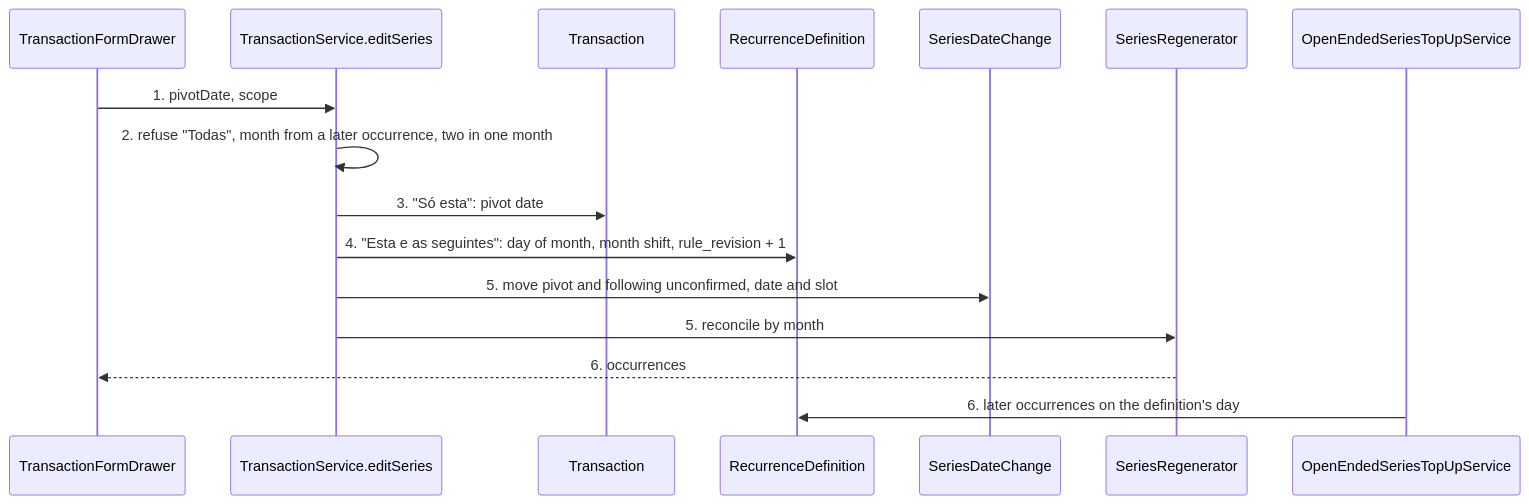
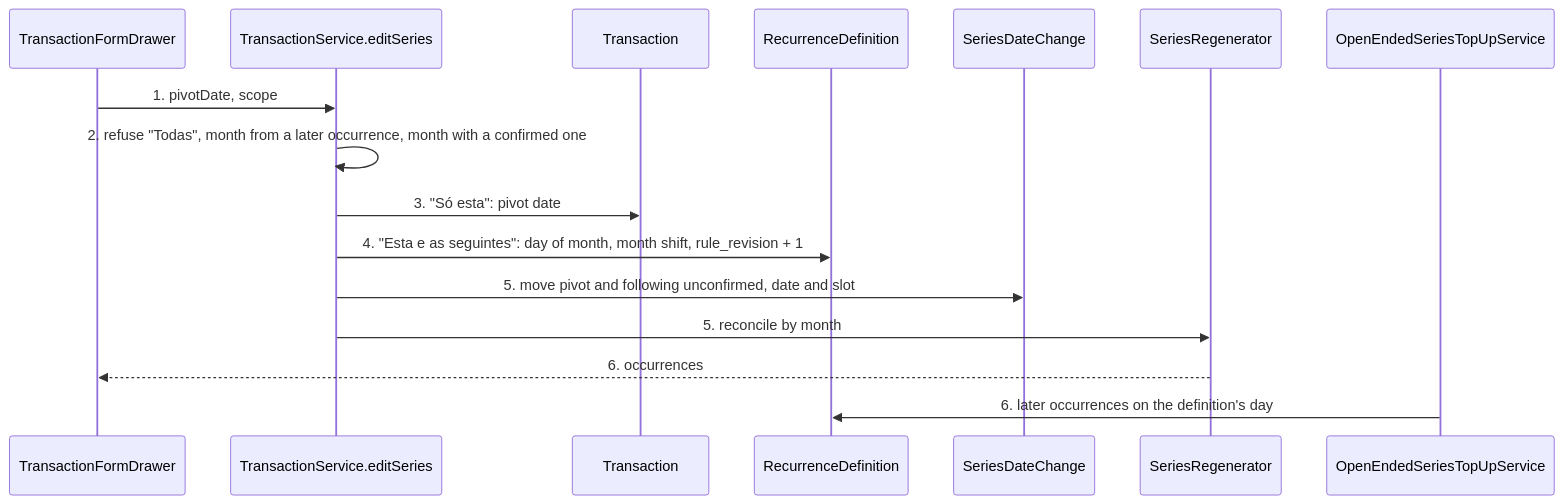
One commit to lcsmrt/findraco changed the first of 2 diagrams in .specs/features/series-day-edit/plan.md. Above: the diagram before and after it, drawn with Mermaid. The commit also changed other lines of this file and 2 other files, not shown here.

````diff
--- a/.specs/features/series-day-edit/plan.md
+++ b/.specs/features/series-day-edit/plan.md
@@ -40,18 +40,18 @@
 ```mermaid
 sequenceDiagram
     participant F as TransactionFormDrawer
     participant S as TransactionService.editSeries
     participant X as Transaction
     participant D as RecurrenceDefinition
     participant C as SeriesDateChange
     participant R as SeriesRegenerator
     participant T as OpenEndedSeriesTopUpService
     F->>S: 1. pivotDate, scope
-    S->>S: 2. refuse "Todas", month from a later occurrence, two in one month
+    S->>S: 2. refuse "Todas", month from a later occurrence, month with a confirmed one
     S->>X: 3. "Só esta": pivot date
     S->>D: 4. "Esta e as seguintes": day of month, month shift, rule_revision + 1
     S->>C: 5. move pivot and following unconfirmed, date and slot
     S->>R: 5. reconcile by month
     R-->>F: 6. occurrences
     T->>D: 6. later occurrences on the definition's day
 ```
````
